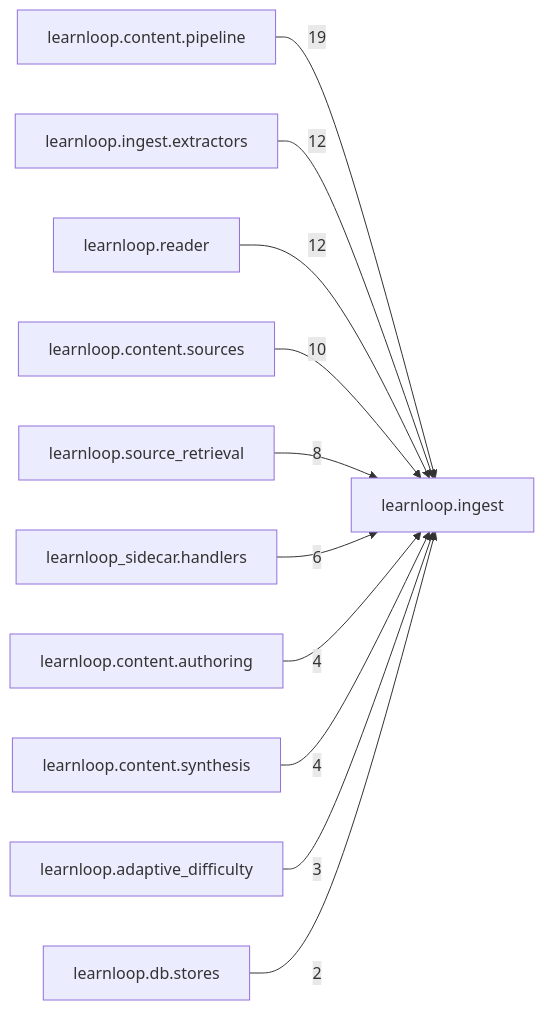
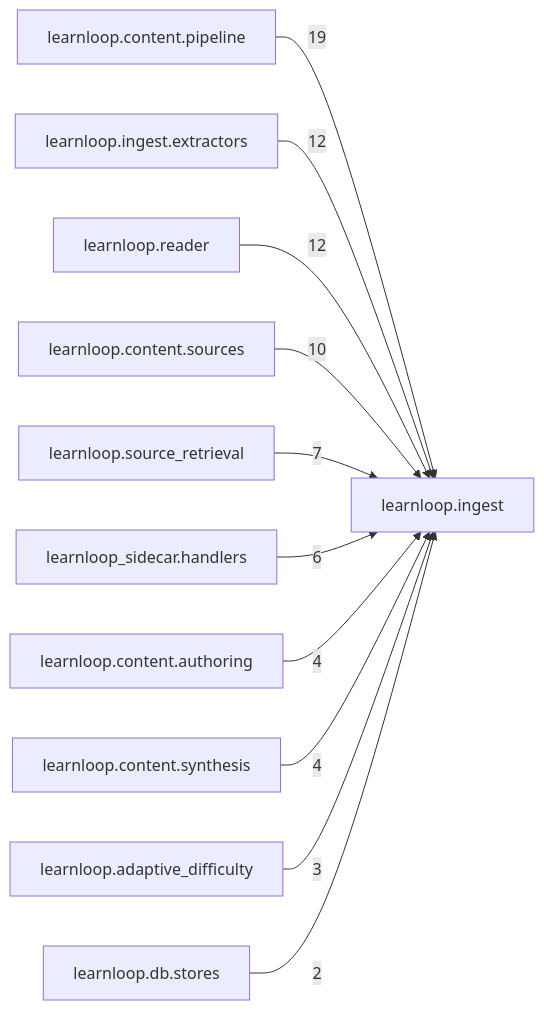
One commit to 6up-b/learnanything changed the diagram in docs/learnloop-architecture-vault/Reference/Modules/learnloop/ingest/_package.md. Above: the diagram before and after it, drawn with Mermaid. The commit also changed other lines of this file and 95 other files, not shown here.

````diff
--- a/docs/learnloop-architecture-vault/Reference/Modules/learnloop/ingest/_package.md
+++ b/docs/learnloop-architecture-vault/Reference/Modules/learnloop/ingest/_package.md
@@ -113,24 +113,24 @@
 ```mermaid
 flowchart LR
     center["learnloop.ingest"]
     n_learnloop_content_pipeline["learnloop.content.pipeline"]
     n_learnloop_ingest_extractors["learnloop.ingest.extractors"]
     n_learnloop_reader["learnloop.reader"]
     n_learnloop_content_sources["learnloop.content.sources"]
     n_learnloop_source_retrieval["learnloop.source_retrieval"]
     n_learnloop_sidecar_handlers["learnloop_sidecar.handlers"]
     n_learnloop_content_authoring["learnloop.content.authoring"]
     n_learnloop_content_synthesis["learnloop.content.synthesis"]
     n_learnloop_adaptive_difficulty["learnloop.adaptive_difficulty"]
     n_learnloop_db_stores["learnloop.db.stores"]
     n_learnloop_content_pipeline -->|19| center
     n_learnloop_ingest_extractors -->|12| center
     n_learnloop_reader -->|12| center
     n_learnloop_content_sources -->|10| center
-    n_learnloop_source_retrieval -->|8| center
+    n_learnloop_source_retrieval -->|7| center
     n_learnloop_sidecar_handlers -->|6| center
     n_learnloop_content_authoring -->|4| center
     n_learnloop_content_synthesis -->|4| center
     n_learnloop_adaptive_difficulty -->|3| center
     n_learnloop_db_stores -->|2| center
 ```
````
